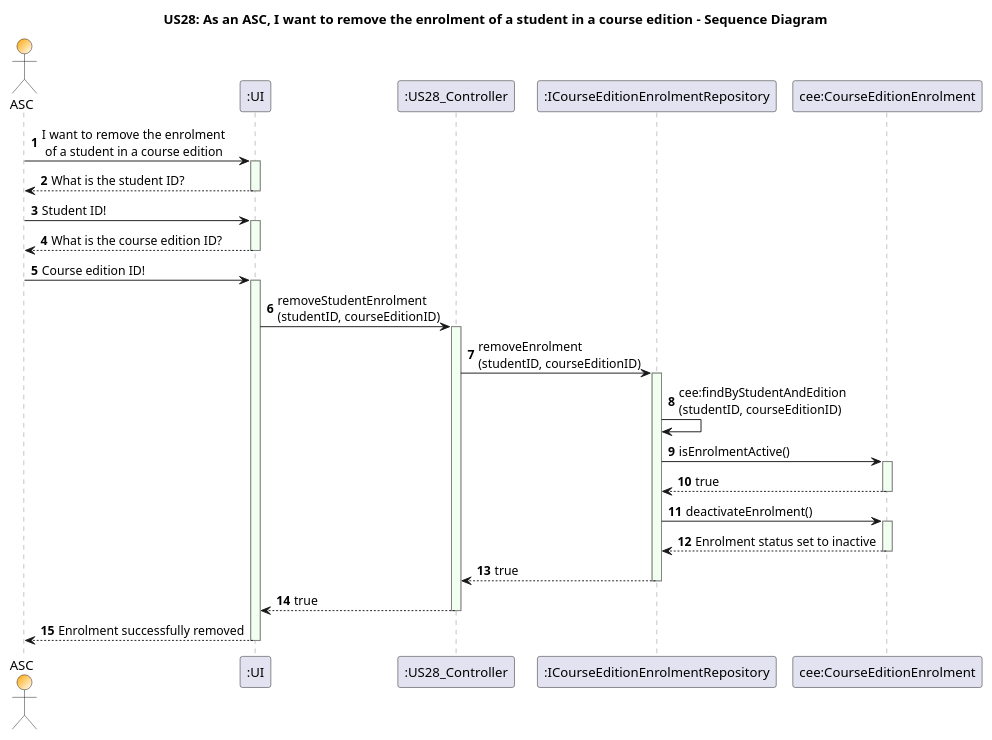
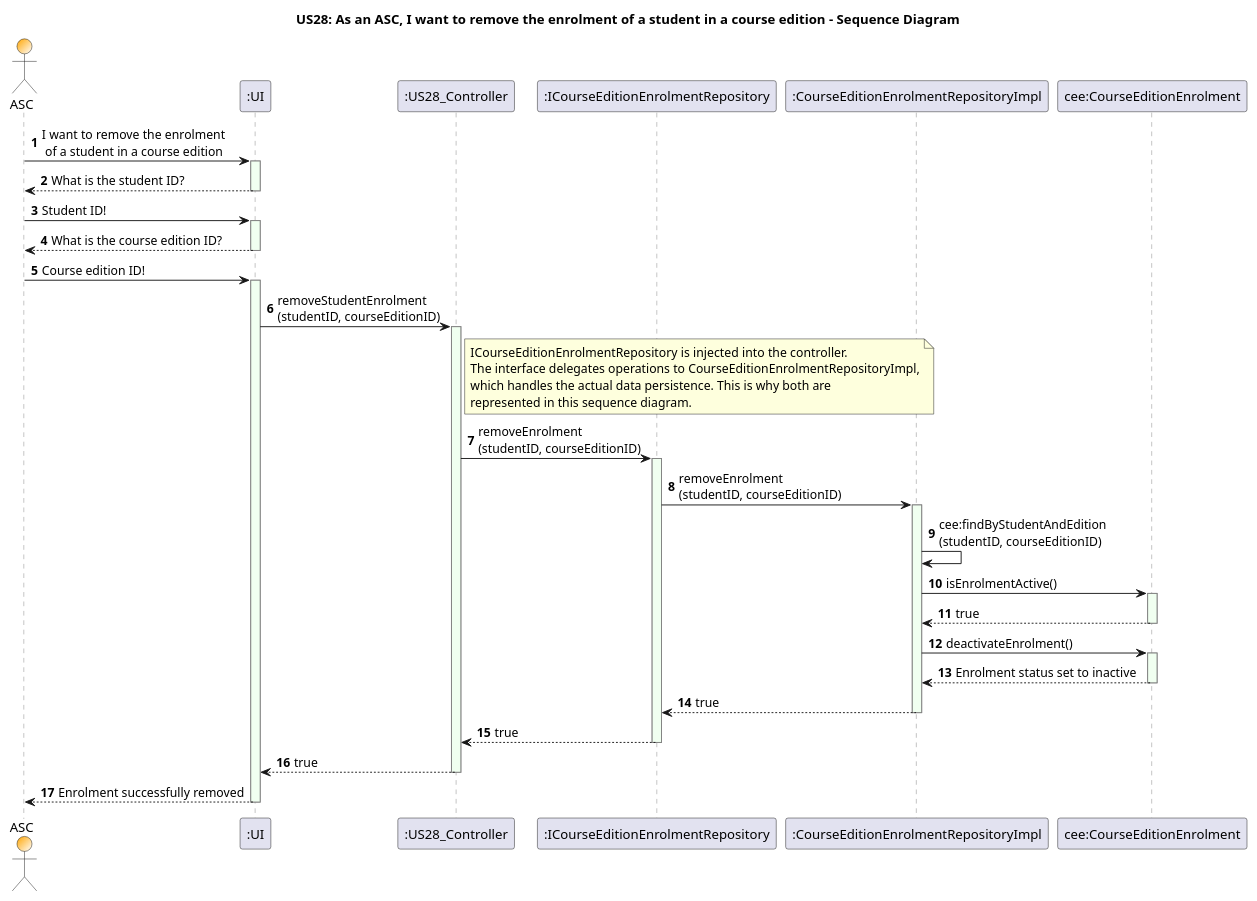
Before and after one commit to GasparISEP/DevOps-PAI: the diagram in docs/US28/US28_DDD_RemoveTheEnrolmentOfAStudentInACourseEdition_SequenceDiagram.puml, drawn with PlantUML.

Commit message:
Ref #87: Update US28_DDD_SequenceDiagram – Include repository implementation interaction and explanatory comment

```diff
--- a/docs/US28/US28_DDD_RemoveTheEnrolmentOfAStudentInACourseEdition_SequenceDiagram.puml
+++ b/docs/US28/US28_DDD_RemoveTheEnrolmentOfAStudentInACourseEdition_SequenceDiagram.puml
@@ -1,55 +1,67 @@
 @startuml
 skinparam sequence {
     LifeLineBorderColor Grey
     LifeLineBackgroundColor HoneyDew
 }
 
 title US28: As an ASC, I want to remove the enrolment of a student in a course edition - Sequence Diagram
 
 actor ASC #Orange/White
 participant ":UI" as UI
 participant ":US28_Controller" as Controller
 participant ":ICourseEditionEnrolmentRepository" as IRepo
+participant ":CourseEditionEnrolmentRepositoryImpl" as RepoImpl
 participant "cee:CourseEditionEnrolment" as Enrolment
 autonumber
 
 ASC -> UI : I want to remove the enrolment\n of a student in a course edition
 activate UI
 UI --> ASC : What is the student ID?
 deactivate UI
 ASC -> UI : Student ID!
 activate UI
 UI --> ASC : What is the course edition ID?
 deactivate UI
 ASC -> UI : Course edition ID!
 activate UI
 
 UI -> Controller : removeStudentEnrolment\n(studentID, courseEditionID)
 activate Controller
 
+note right of Controller
+ICourseEditionEnrolmentRepository is injected into the controller.
+The interface delegates operations to CourseEditionEnrolmentRepositoryImpl,
+which handles the actual data persistence. This is why both are
+represented in this sequence diagram.
+end note
+
 Controller -> IRepo : removeEnrolment\n(studentID, courseEditionID)
 activate IRepo
 
+IRepo -> RepoImpl : removeEnrolment\n(studentID, courseEditionID)
+activate RepoImpl
 
-IRepo -> IRepo : cee:findByStudentAndEdition\n(studentID, courseEditionID)
+RepoImpl -> RepoImpl : cee:findByStudentAndEdition\n(studentID, courseEditionID)
 
-IRepo -> Enrolment : isEnrolmentActive()
+RepoImpl -> Enrolment : isEnrolmentActive()
 activate Enrolment
-Enrolment --> IRepo : true
+Enrolment --> RepoImpl : true
 deactivate Enrolment
 
-IRepo -> Enrolment : deactivateEnrolment()
+RepoImpl -> Enrolment : deactivateEnrolment()
 activate Enrolment
-Enrolment --> IRepo : Enrolment status set to inactive
+Enrolment --> RepoImpl : Enrolment status set to inactive
 deactivate Enrolment
 
+RepoImpl --> IRepo : true
+deactivate RepoImpl
 
 IRepo --> Controller : true
 deactivate IRepo
 
 Controller --> UI : true
 deactivate Controller
 UI --> ASC : Enrolment successfully removed
 deactivate UI
 
 @enduml
```
